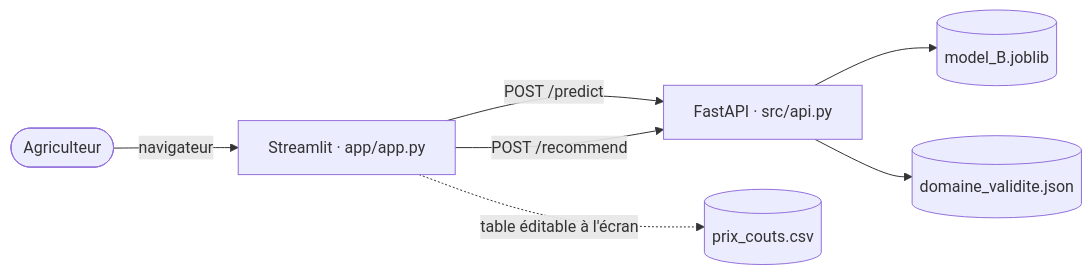
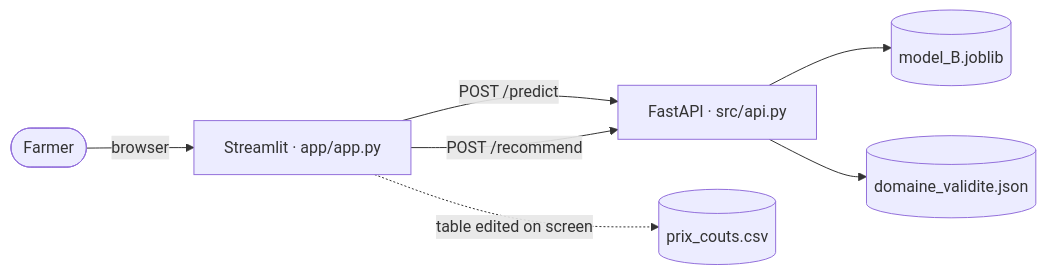
One commit to KL38/OC_P12_ML_MLOPS_Predict-Crops-rentability changed the first of 2 diagrams in README.md. Above: the diagram before and after it, drawn with Mermaid. The commit also changed other lines of this file and 6 other files, not shown here.

````diff
--- a/README.md
+++ b/README.md
@@ -79,9 +137,9 @@
 ```mermaid
 flowchart LR
-    U(["Agriculteur"]) -->|navigateur| S["Streamlit · app/app.py"]
+    U(["Farmer"]) -->|browser| S["Streamlit · app/app.py"]
     S -->|POST /predict| A["FastAPI · src/api.py"]
     S -->|POST /recommend| A
     A --> M[("model_B.joblib")]
     A --> D[("domaine_validite.json")]
-    S -.->|table éditable à l'écran| P[("prix_couts.csv")]
+    S -.->|table edited on screen| P[("prix_couts.csv")]
 ```
````
